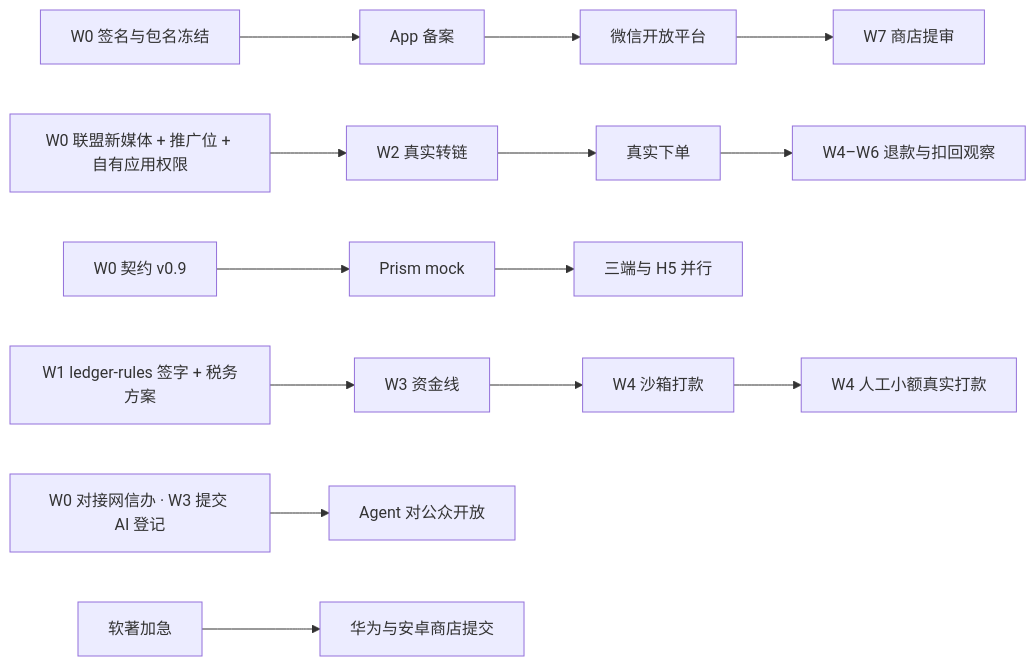
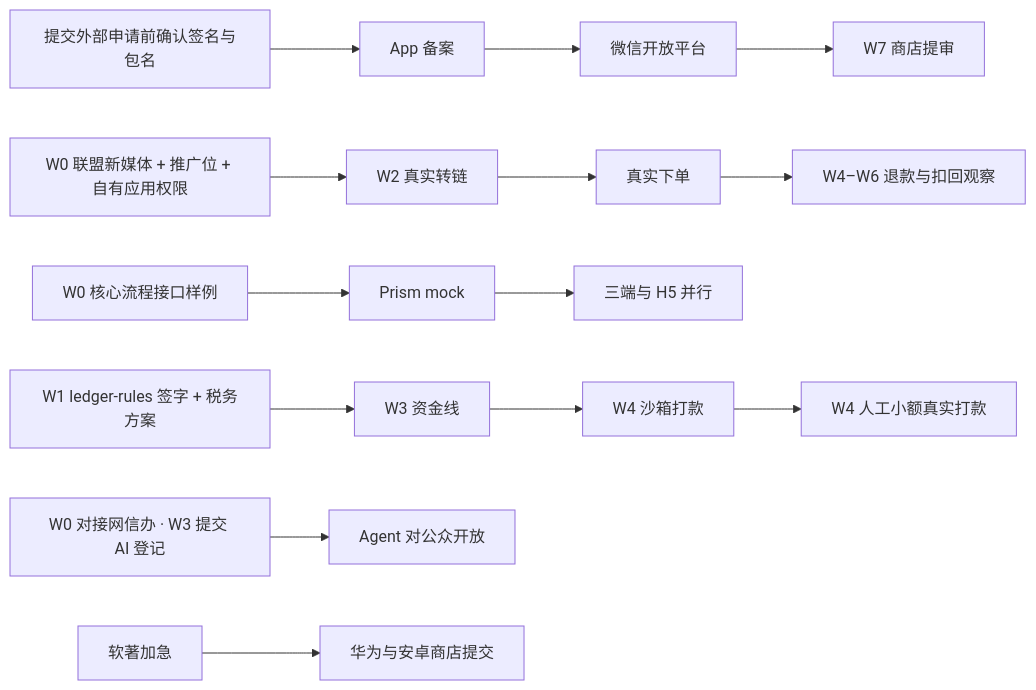
One commit to zora4523-bot/couli changed the diagram in 规划/05_里程碑与任务拆分.md. Above: the diagram before and after it, drawn with Mermaid. The commit also changed other lines of this file and 19 other files, not shown here.

````diff
--- a/规划/05_里程碑与任务拆分.md
+++ b/规划/05_里程碑与任务拆分.md
@@ -207,9 +211,9 @@
 ```mermaid
 flowchart LR
-  S[W0 签名与包名冻结] --> B[App 备案] --> WX[微信开放平台] --> R[W7 商店提审]
+  S[提交外部申请前确认签名与包名] --> B[App 备案] --> WX[微信开放平台] --> R[W7 商店提审]
   U[W0 联盟新媒体 + 推广位 + 自有应用权限] --> RL[W2 真实转链] --> RO[真实下单] --> RR[W4–W6 退款与扣回观察]
-  C[W0 契约 v0.9] --> M[Prism mock] --> FE[三端与 H5 并行]
+  C[W0 核心流程接口样例] --> M[Prism mock] --> FE[三端与 H5 并行]
   L[W1 ledger-rules 签字 + 税务方案] --> F[W3 资金线] --> P[W4 沙箱打款] --> HP[W4 人工小额真实打款]
   A[W0 对接网信办 · W3 提交 AI 登记] --> AG[Agent 对公众开放]
   SC[软著加急] --> HW[华为与安卓商店提交]
 ```
````
